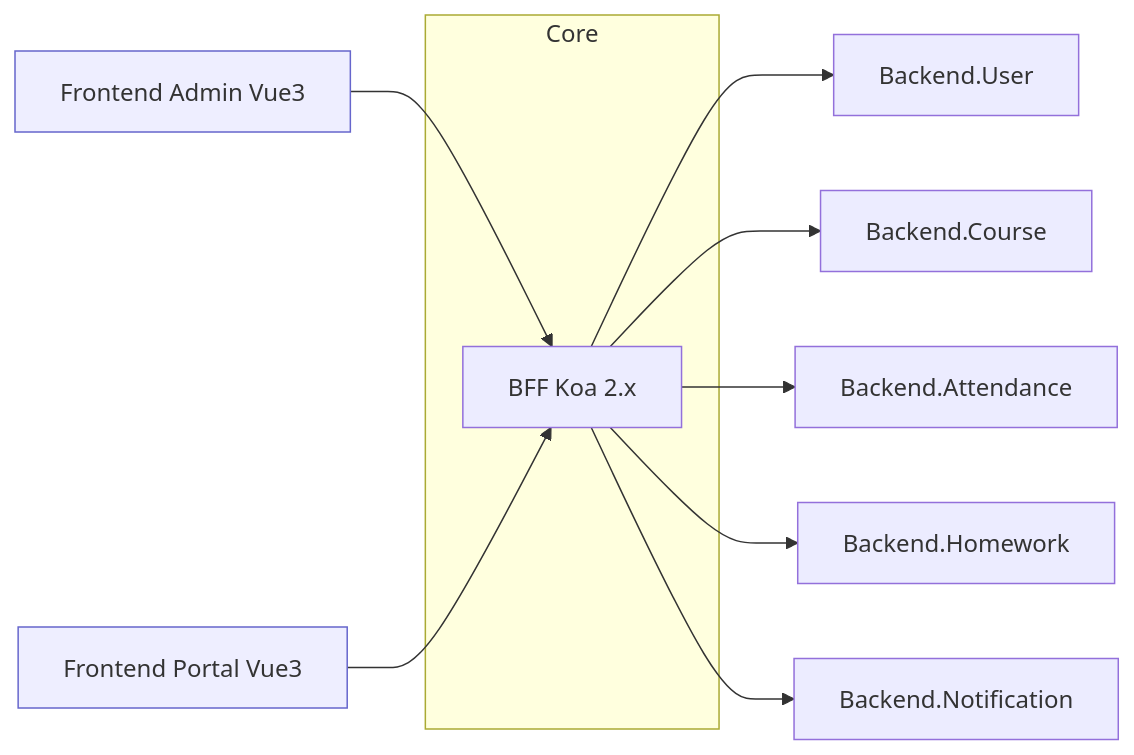
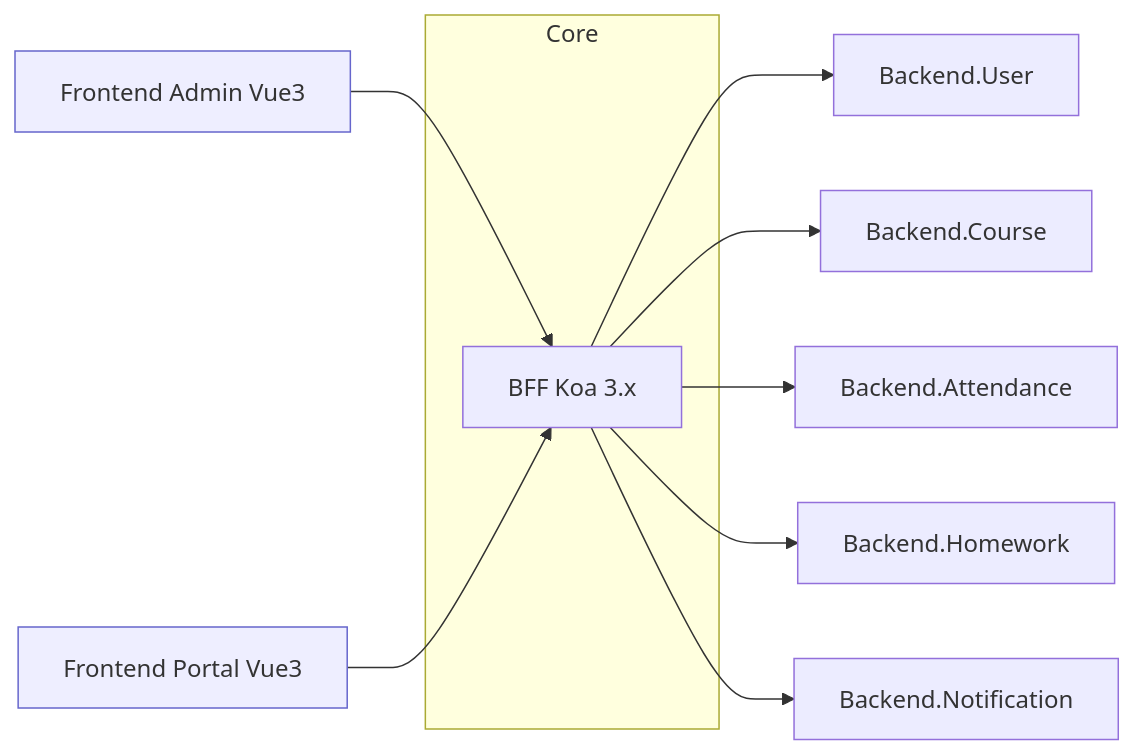
One commit to LZStarV/CSISP changed the first of 3 diagrams in docs/src/bff/BFF架构详细设计文档.md. Above: the diagram before and after it, drawn with Mermaid. The commit also changed other lines of this file and 11 other files, not shown here.

````diff
--- a/docs/src/bff/BFF架构详细设计文档.md
+++ b/docs/src/bff/BFF架构详细设计文档.md
@@ -33,17 +33,17 @@
 ```mermaid
 graph LR
   FE_admin[Frontend Admin Vue3] --> BFF
   FE_portal[Frontend Portal Vue3] --> BFF
   BFF --> BE_user[Backend.User]
   BFF --> BE_course[Backend.Course]
   BFF --> BE_att[Backend.Attendance]
   BFF --> BE_hw[Backend.Homework]
   BFF --> BE_notify[Backend.Notification]
 
   subgraph Core
-    BFF[BFF Koa 2.x]
+    BFF[BFF Koa 3.x]
   end
 
   classDef a fill:#eef,stroke:#66c,stroke-width:1px
   class FE_admin,FE_portal a
 ```
````
